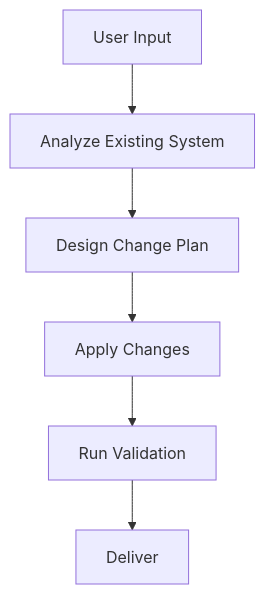
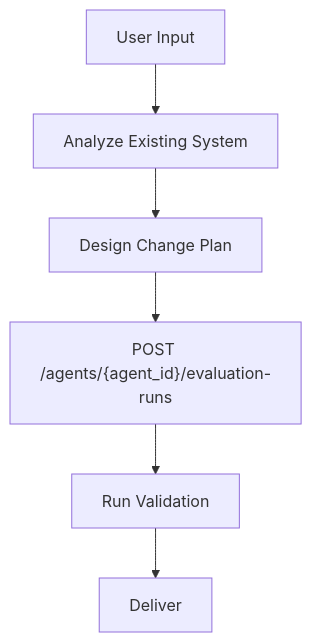
Before and after one commit to zata-zhangtao/zata-codes-template: the first of 2 diagrams in skills/prd/templates/prd-visual-template.md, drawn with Mermaid. The commit also changed other lines of this file and 5 other files, not shown here.

````diff
--- a/skills/prd/templates/prd-visual-template.md
+++ b/skills/prd/templates/prd-visual-template.md
@@ -30,8 +32,8 @@
 ```mermaid
 flowchart TD
     USER[User Input] --> ANALYZE[Analyze Existing System]
     ANALYZE --> DESIGN[Design Change Plan]
-    DESIGN --> IMPLEMENT[Apply Changes]
+    DESIGN --> IMPLEMENT["POST /agents/{agent_id}/evaluation-runs"]
     IMPLEMENT --> VALIDATE[Run Validation]
     VALIDATE --> OUTPUT[Deliver]
 ```
````
